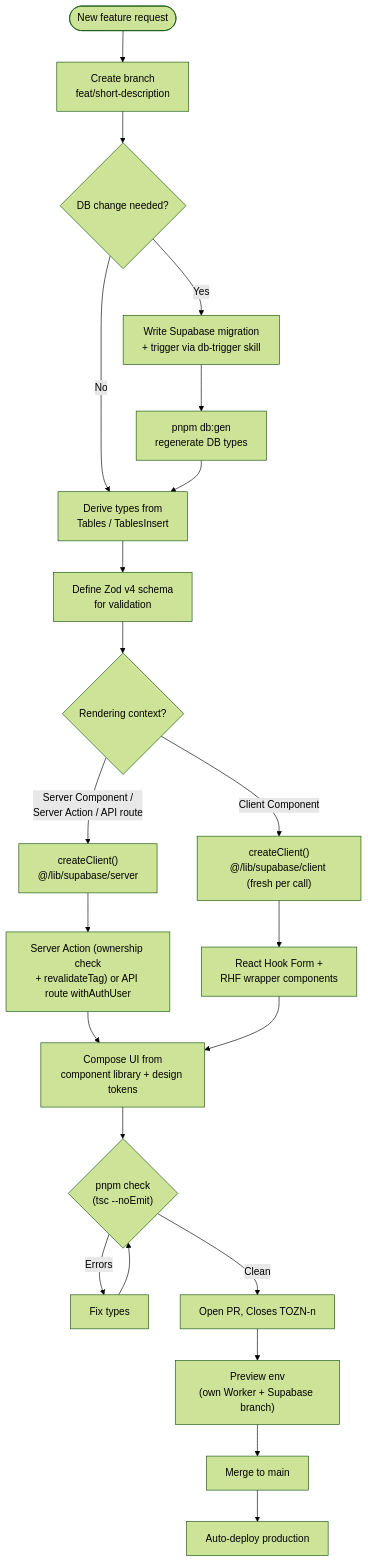
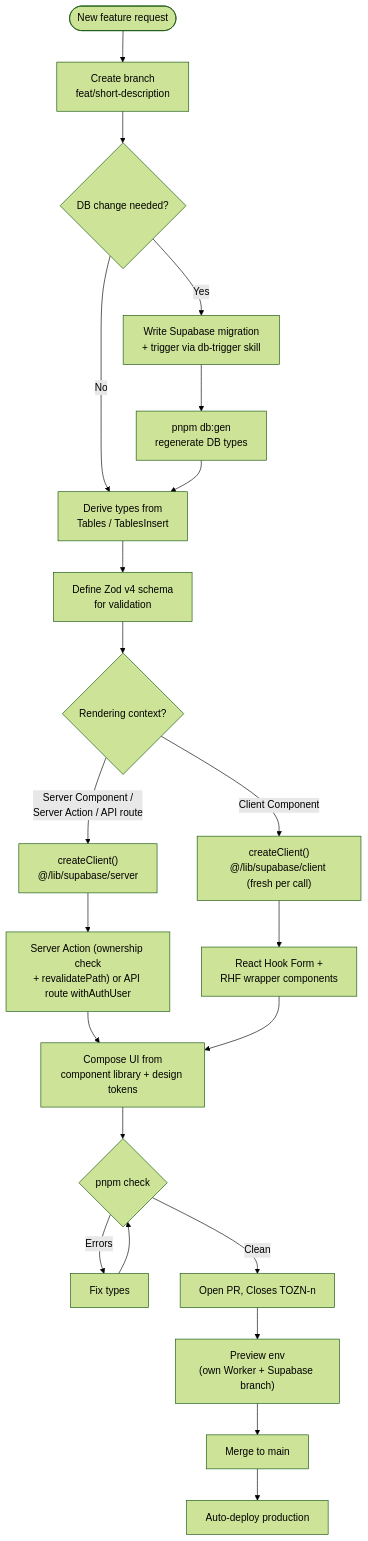
The diagram in src/content/docs/developer-guide/adding-a-feature.md (jackcasstlesjones/ozeaon-wiki), drawn with Mermaid (forest theme) before and after one commit. The commit also changed other lines of this file and 3 other files, not shown here.

````diff
--- a/src/content/docs/developer-guide/adding-a-feature.md
+++ b/src/content/docs/developer-guide/adding-a-feature.md
@@ -43,24 +14,24 @@
 ```mermaid
 flowchart TD
     Start(["New feature request"]) --> Branch["Create branch<br/>feat/short-description"]
     Branch --> Schema{"DB change needed?"}
     Schema -->|"Yes"| Migration["Write Supabase migration<br/>+ trigger via db-trigger skill"]
     Migration --> Gen["pnpm db:gen<br/>regenerate DB types"]
     Schema -->|"No"| Types
     Gen --> Types["Derive types from<br/>Tables / TablesInsert"]
     Types --> Zod["Define Zod v4 schema<br/>for validation"]
     Zod --> Client{"Rendering context?"}
     Client -->|"Server Component /<br/>Server Action / API route"| ServerClient["createClient()<br/>@/lib/supabase/server"]
     Client -->|"Client Component"| BrowserClient["createClient()<br/>@/lib/supabase/client (fresh per call)"]
-    ServerClient --> Mutation["Server Action (ownership check<br/>+ revalidateTag) or API route withAuthUser"]
+    ServerClient --> Mutation["Server Action (ownership check<br/>+ revalidatePath) or API route withAuthUser"]
     BrowserClient --> RHF["React Hook Form +<br/>RHF wrapper components"]
     Mutation --> UI["Compose UI from<br/>component library + design tokens"]
     RHF --> UI
-    UI --> TypeCheck{"pnpm check<br/>(tsc --noEmit)"}
+    UI --> TypeCheck{"pnpm check"}
     TypeCheck -->|"Errors"| Fix["Fix types"]
     Fix --> TypeCheck
     TypeCheck -->|"Clean"| PR["Open PR, Closes TOZN-n"]
     PR --> Preview["Preview env<br/>(own Worker + Supabase branch)"]
     Preview --> Merge["Merge to main"]
     Merge --> Prod["Auto-deploy production"]
 ```
````
